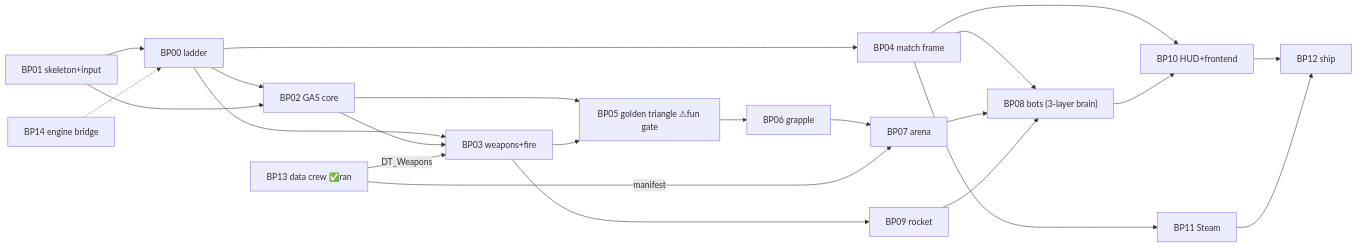
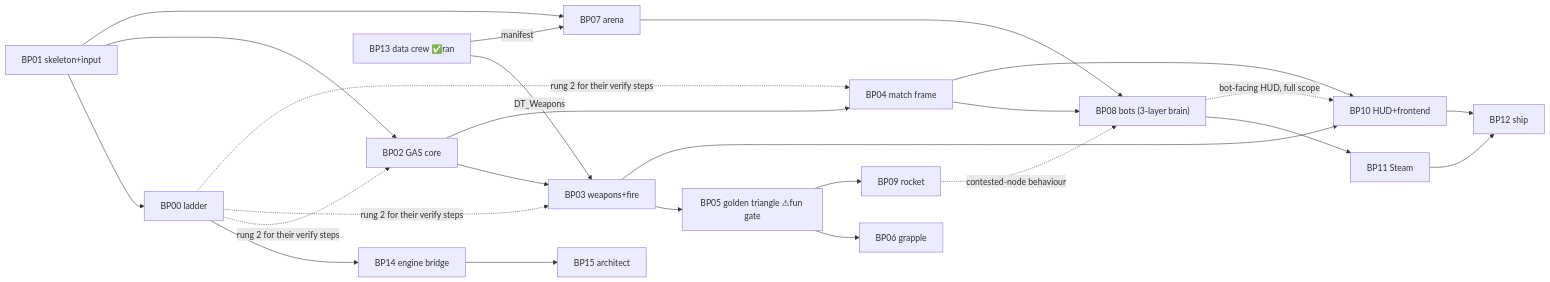
Before and after one commit to JDMAXilius/Multi-agents-class: the second of 2 diagrams in breachpoint/docs/CREW_MAP.md, drawn with Mermaid. The commit also changed other lines of this file, not shown here.

````diff
--- a/breachpoint/docs/CREW_MAP.md
+++ b/breachpoint/docs/CREW_MAP.md
@@ -51,18 +64,19 @@
 ```mermaid
 flowchart LR
-    BP00["BP00 ladder"] --> BP02 & BP03 & BP04
-    BP01["BP01 skeleton+input"] --> BP00 & BP02
-    BP02["BP02 GAS core"] --> BP03 & BP05
-    BP03["BP03 weapons+fire"] --> BP05 & BP09
-    BP04["BP04 match frame"] --> BP08 & BP10 & BP11
-    BP05["BP05 golden triangle ⚠fun gate"] --> BP06
-    BP06["BP06 grapple"] --> BP07
+    BP01["BP01 skeleton+input"] --> BP00 & BP02 & BP07
+    BP13["BP13 data crew ✅ran"] -- DT_Weapons --> BP03
+    BP13 -- manifest --> BP07
+    BP00["BP00 ladder"] --> BP14["BP14 engine bridge"] --> BP15["BP15 architect"]
+    BP02["BP02 GAS core"] --> BP03 & BP04
+    BP03["BP03 weapons+fire"] --> BP05 & BP10
+    BP04["BP04 match frame"] --> BP08 & BP10
+    BP05["BP05 golden triangle ⚠fun gate"] --> BP06["BP06 grapple"] & BP09["BP09 rocket"]
     BP07["BP07 arena"] --> BP08
-    BP08["BP08 bots (3-layer brain)"] --> BP10
-    BP09["BP09 rocket"] --> BP08
+    BP08["BP08 bots (3-layer brain)"] --> BP11
     BP10["BP10 HUD+frontend"] --> BP12
     BP11["BP11 Steam"] --> BP12["BP12 ship"]
-    BP13["BP13 data crew ✅ran"] -- DT_Weapons --> BP03
-    BP13 -- manifest --> BP07
-    BP14["BP14 engine bridge"] -.-> BP00
+
+    BP00 -.->|"rung 2 for their verify steps"| BP02 & BP03 & BP04
+    BP08 -.->|"bot-facing HUD, full scope"| BP10
+    BP09 -.->|"contested-node behaviour"| BP08
 ```
````
